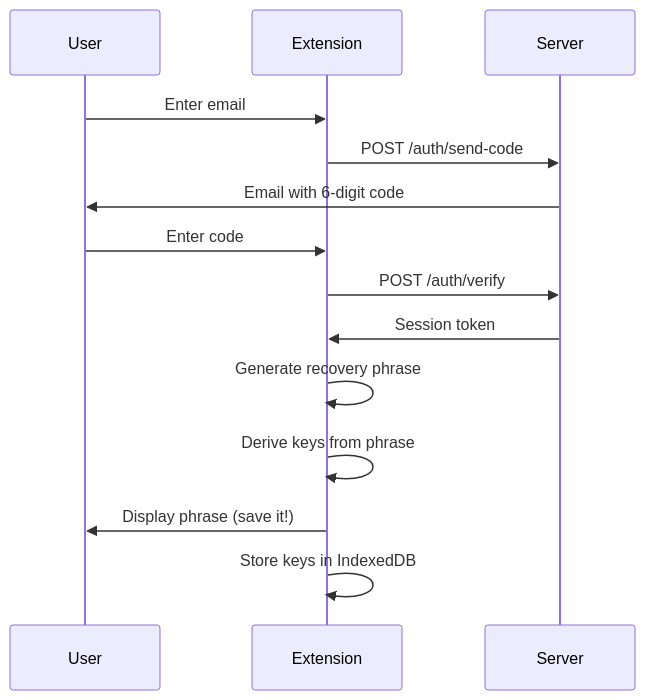
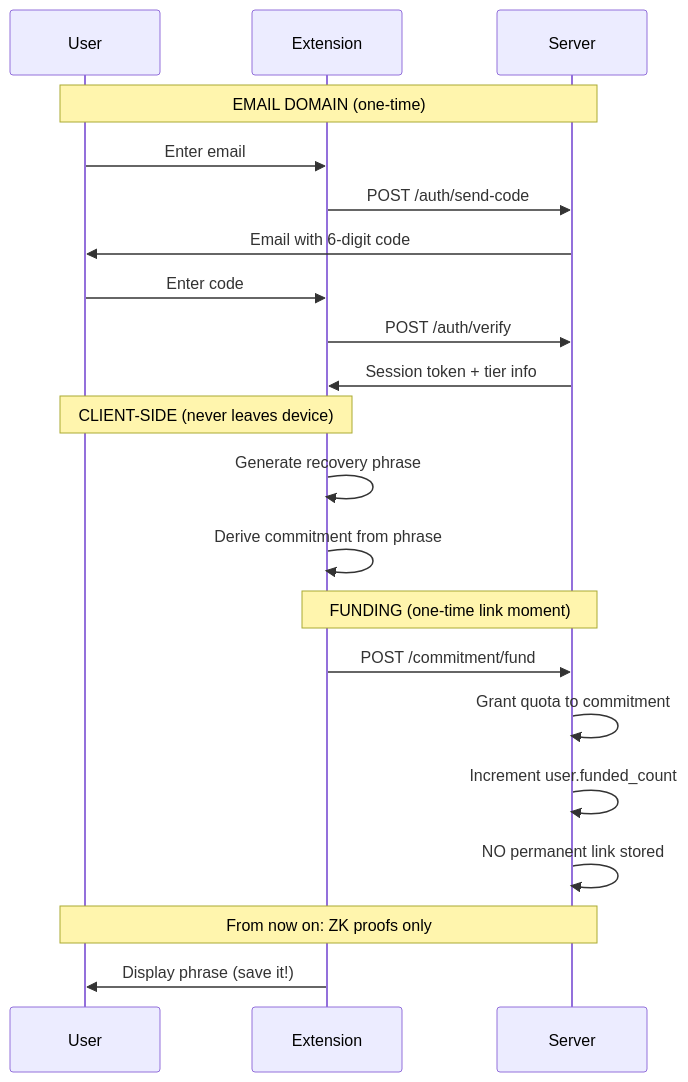
The third of 12 diagrams in docs/PRD.md (h4x0r/zkkb), drawn with Mermaid before and after one commit. The commit also changed other lines of this file and 4 other files, not shown here.

First line of the commit message:
docs: update all documentation for decoupled identity architecture

````diff
--- a/docs/PRD.md
+++ b/docs/PRD.md
@@ -132,17 +154,27 @@
 ```mermaid
 sequenceDiagram
     participant U as User
     participant E as Extension
     participant S as Server
 
+    Note over U,S: EMAIL DOMAIN (one-time)
     U->>E: Enter email
     E->>S: POST /auth/send-code
     S->>U: Email with 6-digit code
     U->>E: Enter code
     E->>S: POST /auth/verify
-    S->>E: Session token
+    S->>E: Session token + tier info
+
+    Note over U,E: CLIENT-SIDE (never leaves device)
     E->>E: Generate recovery phrase
-    E->>E: Derive keys from phrase
+    E->>E: Derive commitment from phrase
+
+    Note over E,S: FUNDING (one-time link moment)
+    E->>S: POST /commitment/fund
+    S->>S: Grant quota to commitment
+    S->>S: Increment user.funded_count
+    S->>S: NO permanent link stored
+
+    Note over U,S: From now on: ZK proofs only
     E->>U: Display phrase (save it!)
-    E->>E: Store keys in IndexedDB
 ```
````
